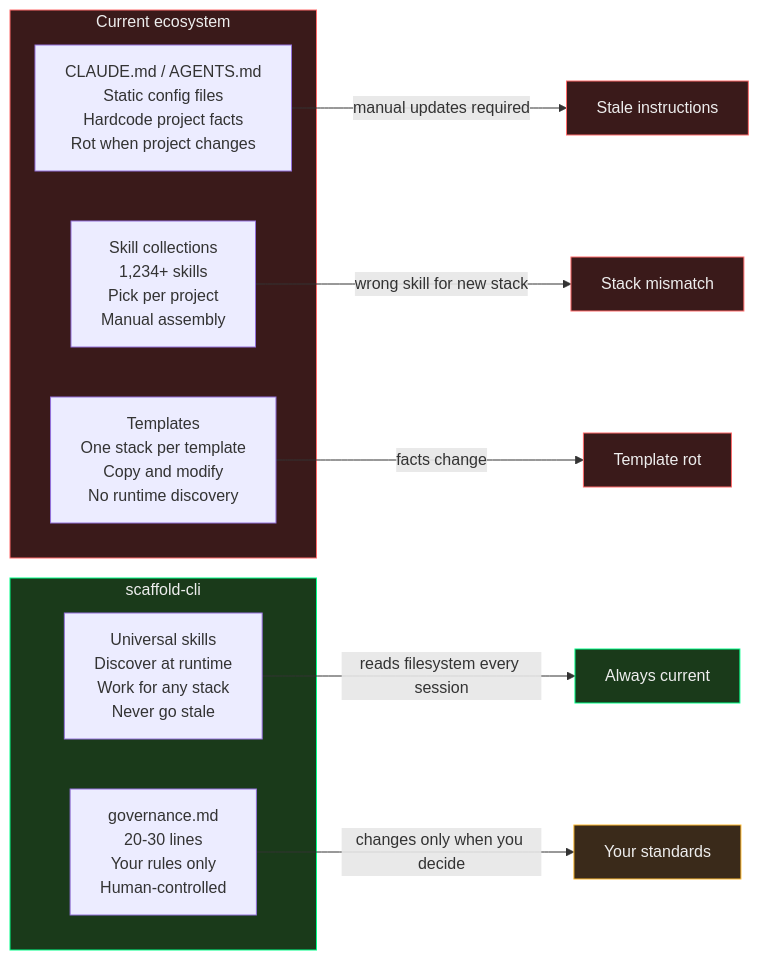
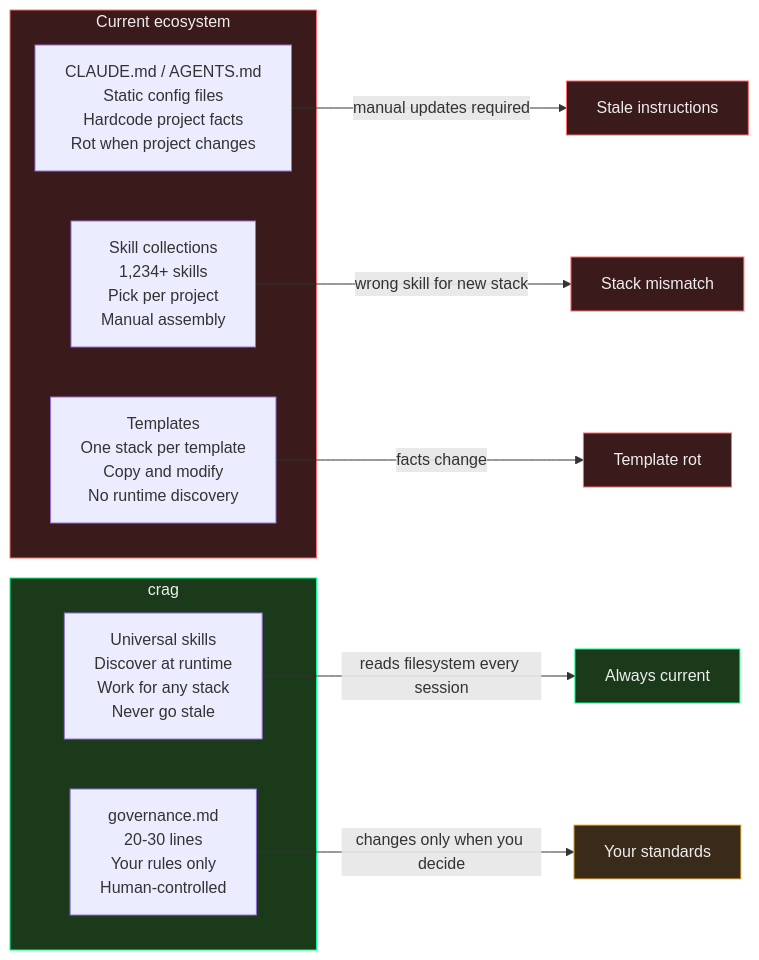
The third of 4 diagrams in README.md (WhitehatD/crag), drawn with Mermaid before and after one commit. The commit also changed other lines of this file and 41 other files, not shown here.

````diff
--- a/README.md
+++ b/README.md
@@ -623,27 +590,27 @@
 ```mermaid
 flowchart LR
     subgraph STATIC["Current ecosystem"]
         T["CLAUDE.md / AGENTS.md\nStatic config files\nHardcode project facts\nRot when project changes"]
         C["Skill collections\n1,234+ skills\nPick per project\nManual assembly"]
         I["Templates\nOne stack per template\nCopy and modify\nNo runtime discovery"]
     end
 
-    subgraph RUNTIME["scaffold-cli"]
+    subgraph RUNTIME["crag"]
         U["Universal skills\nDiscover at runtime\nWork for any stack\nNever go stale"]
         G["governance.md\n20-30 lines\nYour rules only\nHuman-controlled"]
     end
 
     T -->|"manual updates required"| STALE["Stale instructions"]
     C -->|"wrong skill for new stack"| MISMATCH["Stack mismatch"]
     I -->|"facts change"| ROT["Template rot"]
     U -->|"reads filesystem every session"| FRESH["Always current"]
     G -->|"changes only when you decide"| STABLE["Your standards"]
 
     style STATIC fill:#3a1a1a,stroke:#ff6b6b,color:#eee
     style RUNTIME fill:#1a3a1a,stroke:#00ff88,color:#eee
     style STALE fill:#3a1a1a,stroke:#ff6b6b,color:#eee
     style MISMATCH fill:#3a1a1a,stroke:#ff6b6b,color:#eee
     style ROT fill:#3a1a1a,stroke:#ff6b6b,color:#eee
     style FRESH fill:#1a3a1a,stroke:#00ff88,color:#eee
     style STABLE fill:#3a2a1a,stroke:#ffbb33,color:#eee
 ```
````
